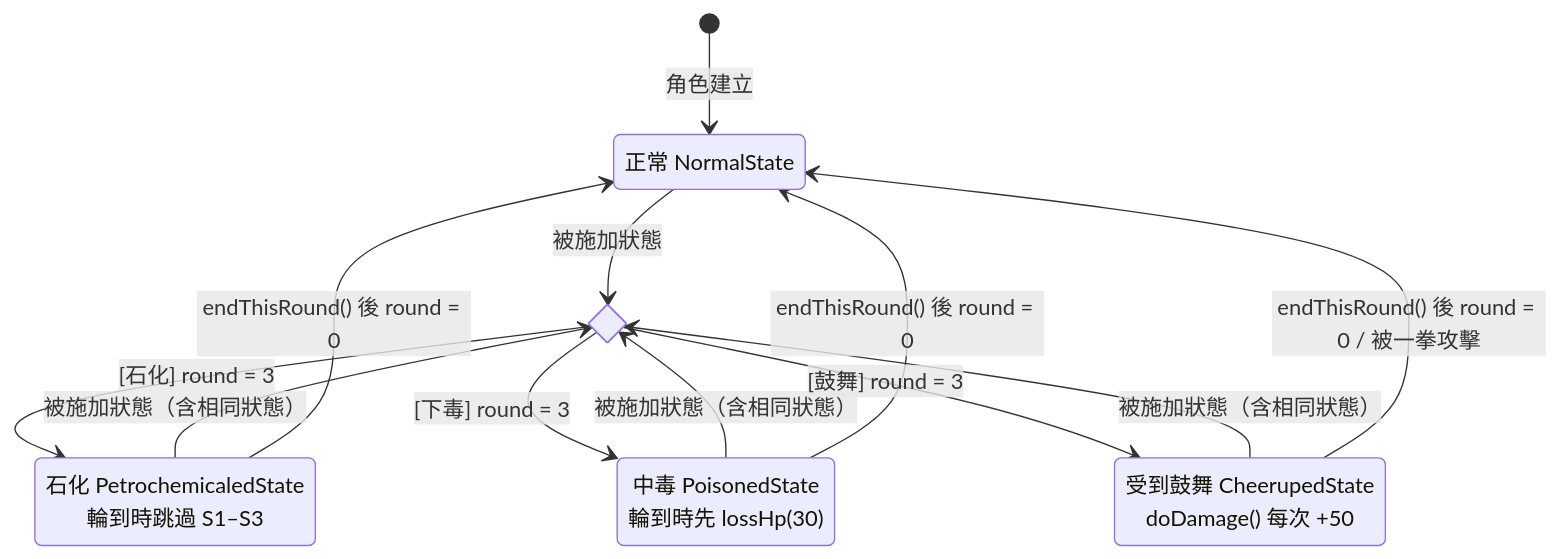
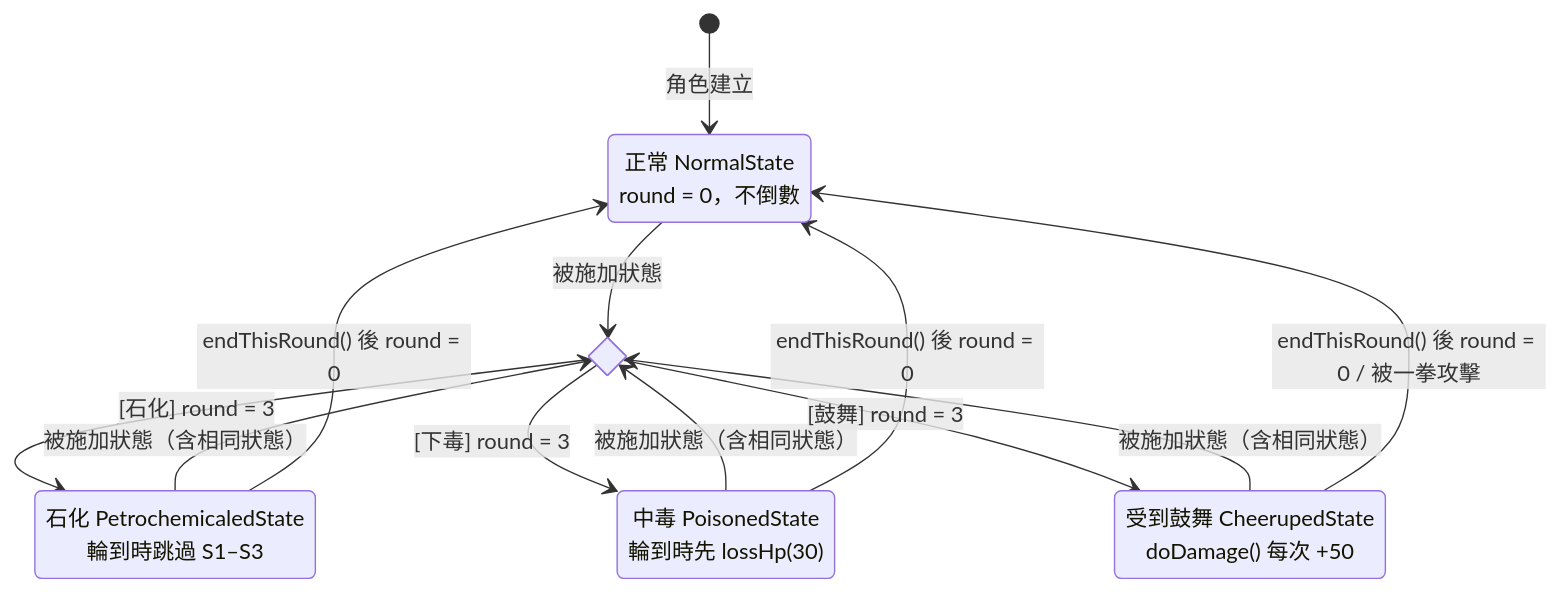
One commit to Chang-anthony/DesignPattern changed diagram 12 of 13 in RPGGame/diagrams.md. Above: the diagram before and after it, drawn with Mermaid. The commit also changed other lines of this file and 1 other file, not shown here.

First line of the commit message:
docs(rpggame): sync diagrams.md with implemented Role, Skill, and Observer

````diff
--- a/RPGGame/diagrams.md
+++ b/RPGGame/diagrams.md
@@ -377,24 +701,24 @@
 ```mermaid
 stateDiagram-v2
     direction TB
-    state "正常 NormalState" as Normal
+    state "正常 NormalState<br/>round = 0，不倒數" as Normal
     state apply <<choice>>
     state "石化 PetrochemicaledState<br/>輪到時跳過 S1–S3" as Petri
     state "中毒 PoisonedState<br/>輪到時先 lossHp(30)" as Poisoned
     state "受到鼓舞 CheerupedState<br/>doDamage() 每次 +50" as Cheer
 
     [*] --> Normal : 角色建立
 
     Normal --> apply : 被施加狀態
     Petri --> apply : 被施加狀態（含相同狀態）
     Poisoned --> apply : 被施加狀態（含相同狀態）
     Cheer --> apply : 被施加狀態（含相同狀態）
 
     apply --> Petri : [石化] round = 3
     apply --> Poisoned : [下毒] round = 3
     apply --> Cheer : [鼓舞] round = 3
 
     Petri --> Normal : endThisRound() 後 round = 0
     Poisoned --> Normal : endThisRound() 後 round = 0
     Cheer --> Normal : endThisRound() 後 round = 0 / 被一拳攻擊
 ```
````
